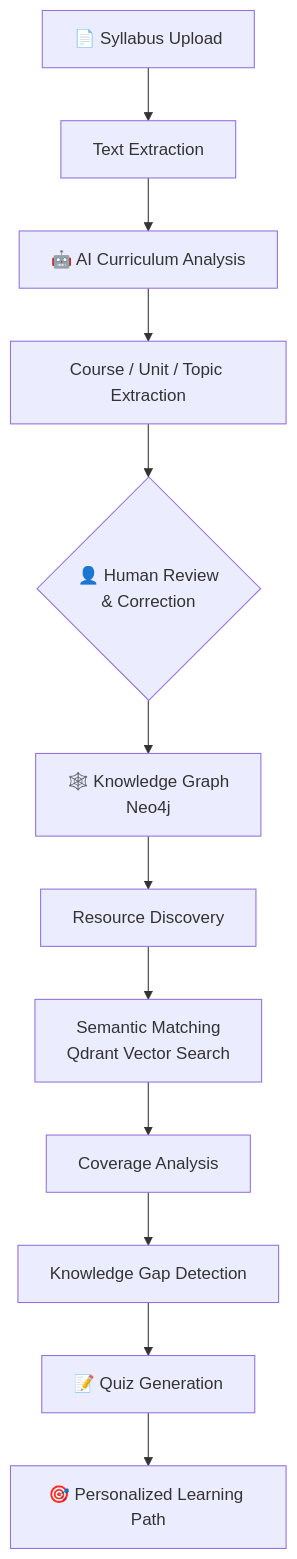
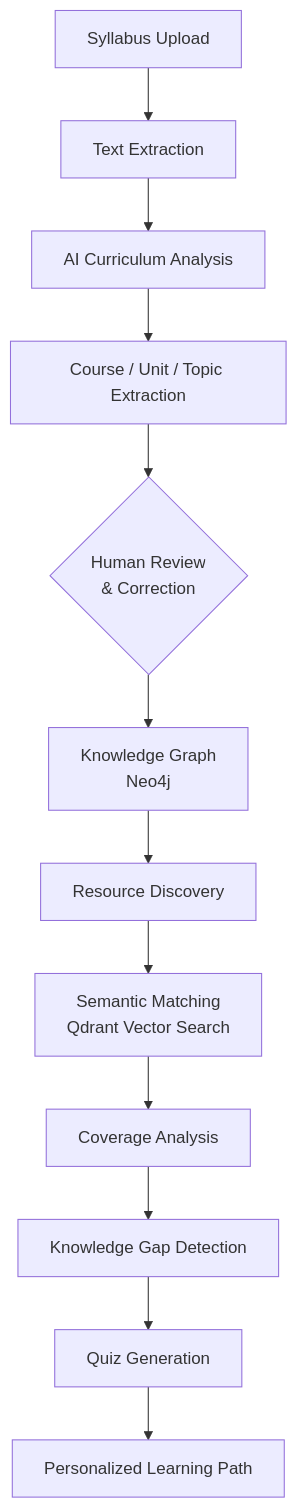
The second of 2 diagrams in README.md (Priyadharshini1306/Priyadharshini1306), drawn with Mermaid before and after one commit. The commit also changed other lines of this file, not shown here.

````diff
--- a/README.md
+++ b/README.md
@@ -143,14 +161,14 @@
 ```mermaid
 flowchart TD
-    A[📄 Syllabus Upload] --> B[Text Extraction]
-    B --> C[🤖 AI Curriculum Analysis]
+    A[Syllabus Upload] --> B[Text Extraction]
+    B --> C[AI Curriculum Analysis]
     C --> D[Course / Unit / Topic Extraction]
-    D --> E{👤 Human Review<br/>& Correction}
-    E --> F[🕸️ Knowledge Graph<br/>Neo4j]
+    D --> E{Human Review<br/>& Correction}
+    E --> F[Knowledge Graph<br/>Neo4j]
     F --> G[Resource Discovery]
     G --> H[Semantic Matching<br/>Qdrant Vector Search]
     H --> I[Coverage Analysis]
     I --> J[Knowledge Gap Detection]
-    J --> K[📝 Quiz Generation]
-    K --> L[🎯 Personalized Learning Path]
+    J --> K[Quiz Generation]
+    K --> L[Personalized Learning Path]
 ```
````
